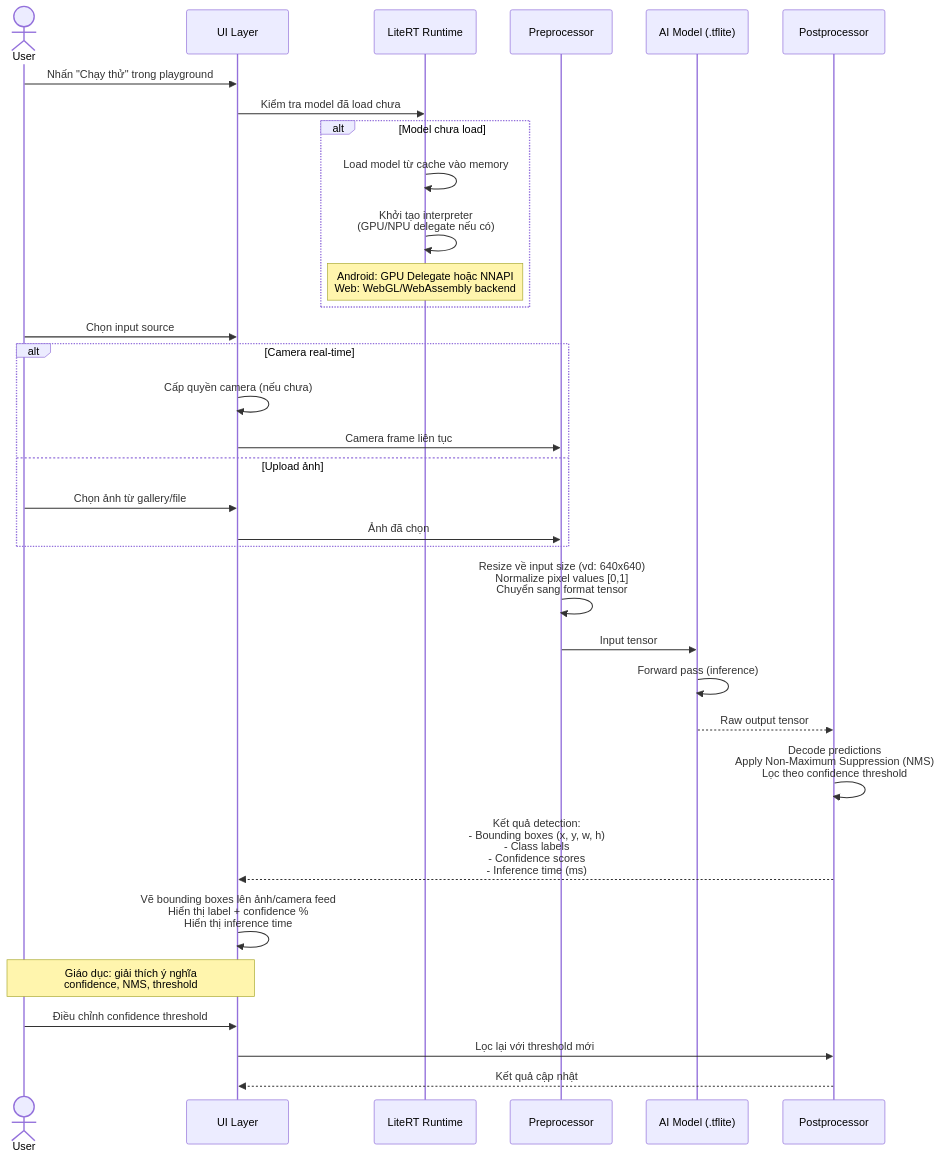
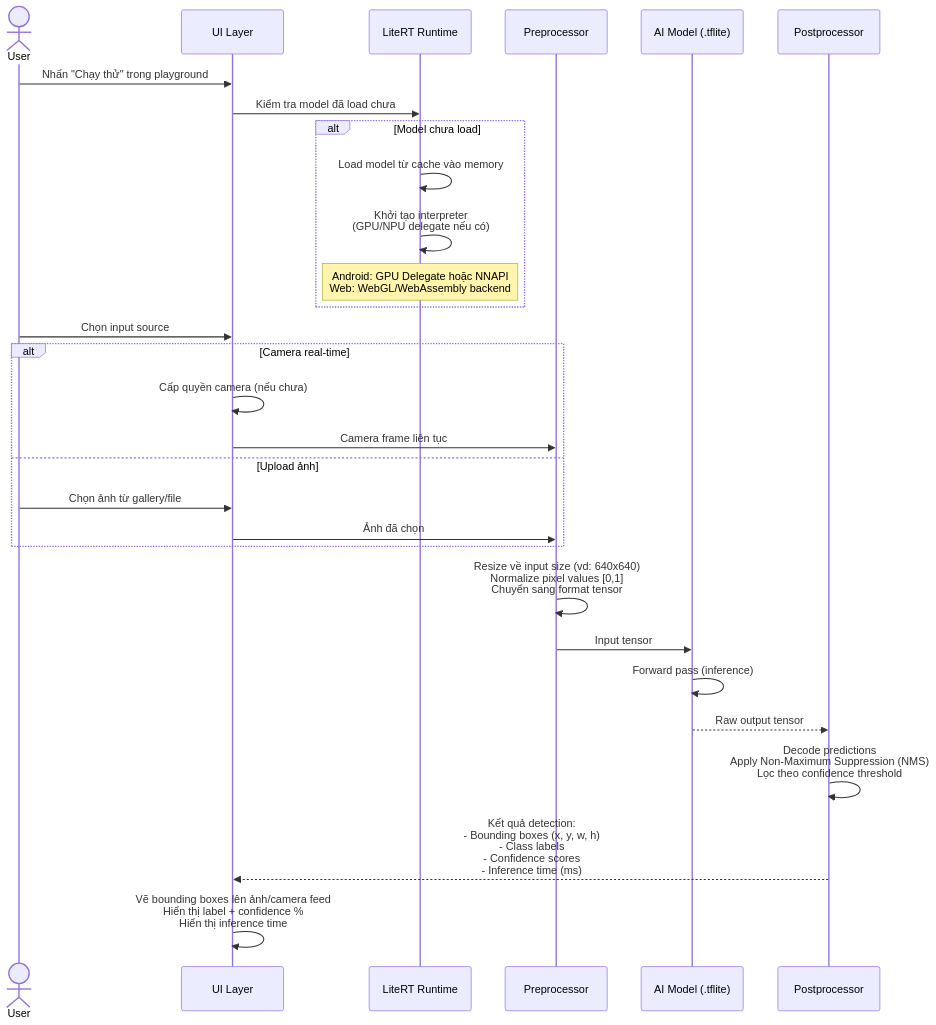
The fourth of 5 diagrams in docs/design/architecture.md (iAmHieu2012/Sequoia), drawn with Mermaid before and after one commit. The commit also changed other lines of this file and 14 other files, not shown here.

````diff
--- a/docs/design/architecture.md
+++ b/docs/design/architecture.md
@@ -259,47 +200,41 @@
 ```mermaid
 sequenceDiagram
     actor User
     participant UI as UI Layer
     participant Runtime as LiteRT Runtime
     participant Preprocessor as Preprocessor
     participant Model as AI Model (.tflite)
     participant Postprocessor as Postprocessor
 
     User->>UI: Nhấn "Chạy thử" trong playground
     
     UI->>Runtime: Kiểm tra model đã load chưa
     
     alt Model chưa load
         Runtime->>Runtime: Load model từ cache vào memory
         Runtime->>Runtime: Khởi tạo interpreter<br/>(GPU/NPU delegate nếu có)
         Note over Runtime: Android: GPU Delegate hoặc NNAPI<br/>Web: WebGL/WebAssembly backend
     end
 
     User->>UI: Chọn input source
     
     alt Camera real-time
         UI->>UI: Cấp quyền camera (nếu chưa)
         UI->>Preprocessor: Camera frame liên tục
     else Upload ảnh
         User->>UI: Chọn ảnh từ gallery/file
         UI->>Preprocessor: Ảnh đã chọn
     end
 
     Preprocessor->>Preprocessor: Resize về input size (vd: 640x640)<br/>Normalize pixel values [0,1]<br/>Chuyển sang format tensor
 
     Preprocessor->>Model: Input tensor
     Model->>Model: Forward pass (inference)
     Model-->>Postprocessor: Raw output tensor
 
     Postprocessor->>Postprocessor: Decode predictions<br/>Apply Non-Maximum Suppression (NMS)<br/>Lọc theo confidence threshold
 
     Postprocessor-->>UI: Kết quả detection:<br/>- Bounding boxes (x, y, w, h)<br/>- Class labels<br/>- Confidence scores<br/>- Inference time (ms)
 
     UI->>UI: Vẽ bounding boxes lên ảnh/camera feed<br/>Hiển thị label + confidence %<br/>Hiển thị inference time
-
-    Note over User,UI: Giáo dục: giải thích ý nghĩa<br/>confidence, NMS, threshold
-
-    User->>UI: Điều chỉnh confidence threshold
-    UI->>Postprocessor: Lọc lại với threshold mới
-    Postprocessor-->>UI: Kết quả cập nhật
 ```
````
